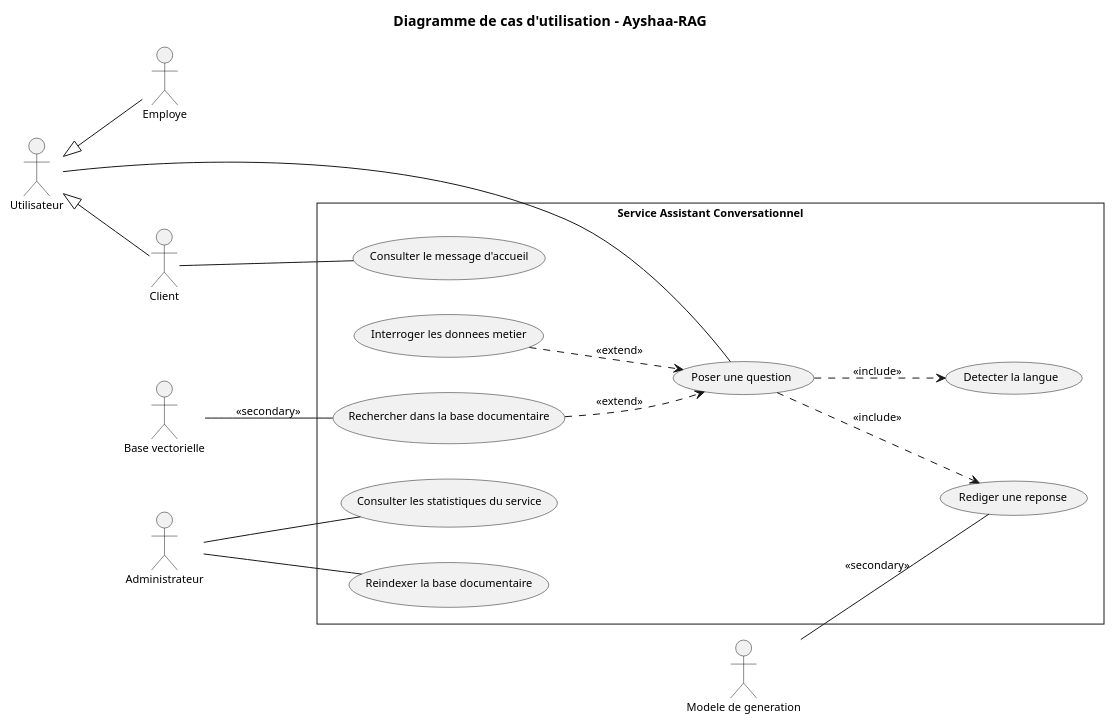
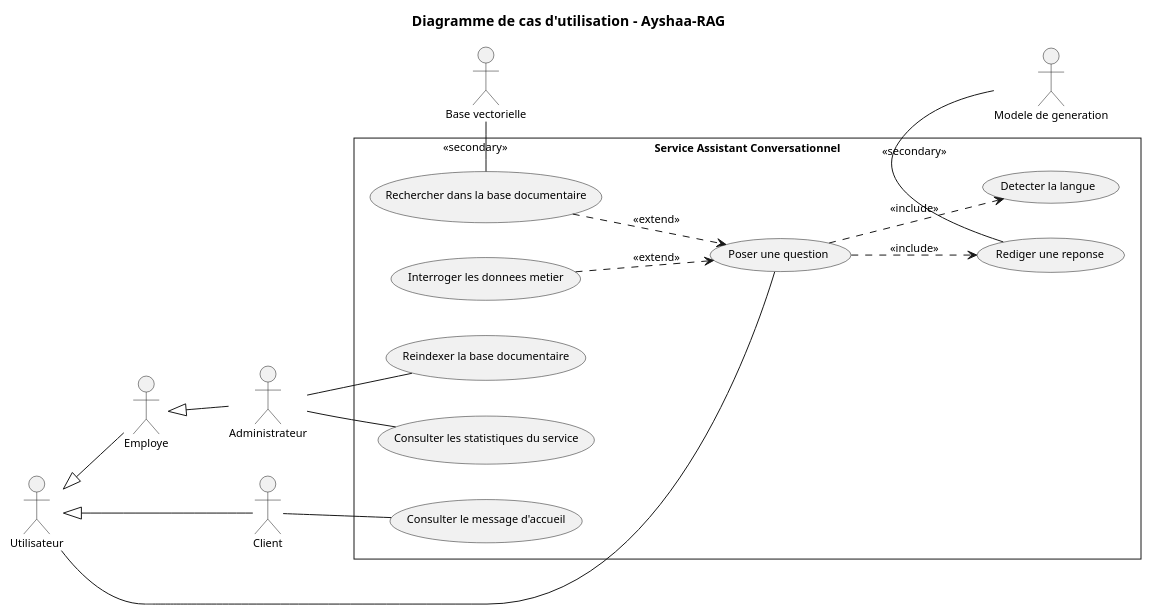
One commit to saber-barhoumi/Xpark-gmao changed the diagram in docs/diagrams/microservices/Ayshaa-RAG/Ayshaa-RAG-usecase.puml. Above: the diagram before and after it, drawn with PlantUML. The commit also changed 6 other files, not shown here.

```diff
--- a/docs/diagrams/microservices/Ayshaa-RAG/Ayshaa-RAG-usecase.puml
+++ b/docs/diagrams/microservices/Ayshaa-RAG/Ayshaa-RAG-usecase.puml
@@ -1,53 +1,54 @@
 @startuml
 skinparam style strictuml
 skinparam packageStyle rectangle
 skinparam shadowing false
 skinparam defaultFontName Verdana
 skinparam defaultFontSize 11
 skinparam backgroundColor #FFFFFF
 left to right direction
 
 title Diagramme de cas d'utilisation - Ayshaa-RAG
 
 ' Acteurs principaux, empiles a gauche du plus general au plus specialise
 actor "Utilisateur" as Utilisateur
 actor "Employe" as Employe
 actor "Client" as Client
 actor "Administrateur" as Administrateur
 
 ' Generalisation : triangle creux, de l'enfant vers le parent
 Employe -up-|> Utilisateur
 Client -up-|> Utilisateur
+Administrateur -up-|> Employe
 
 rectangle "Service Assistant Conversationnel" {
   usecase "Poser une question" as UC_Poser_une_question
   usecase "Detecter la langue" as UC_Detecter_la_langue
   usecase "Rediger une reponse" as UC_Rediger_une_reponse
   usecase "Rechercher dans la base documentaire" as UC_Rechercher_dans_la_base_documentai
   usecase "Interroger les donnees metier" as UC_Interroger_les_donnees_metier
   usecase "Consulter le message d'accueil" as UC_Consulter_le_message_d_accueil
   usecase "Reindexer la base documentaire" as UC_Reindexer_la_base_documentaire
   usecase "Consulter les statistiques du service" as UC_Consulter_les_statistiques_du_serv
 }
 
 ' Acteurs secondaires, a droite, hors de la frontiere
 actor "Base vectorielle" as Qdrant
 actor "Modele de generation" as Ollama
 
 ' Associations : trait continu sans fleche (relation d'association)
 Utilisateur -- UC_Poser_une_question
 Client -- UC_Consulter_le_message_d_accueil
 Administrateur -- UC_Reindexer_la_base_documentaire
 Administrateur -- UC_Consulter_les_statistiques_du_serv
 
-Qdrant -- UC_Rechercher_dans_la_base_documentai : << secondary >>
-Ollama -- UC_Rediger_une_reponse : << secondary >>
+UC_Rechercher_dans_la_base_documentai -right- Qdrant : << secondary >>
+UC_Rediger_une_reponse -right- Ollama : << secondary >>
 
 ' << include >> : du cas de base vers le cas obligatoire
 UC_Poser_une_question ..> UC_Detecter_la_langue : << include >>
 UC_Poser_une_question ..> UC_Rediger_une_reponse : << include >>
 ' << extend >> : du cas optionnel vers le cas de base
 UC_Rechercher_dans_la_base_documentai ..> UC_Poser_une_question : << extend >>
 UC_Interroger_les_donnees_metier ..> UC_Poser_une_question : << extend >>
 
 @enduml
```
